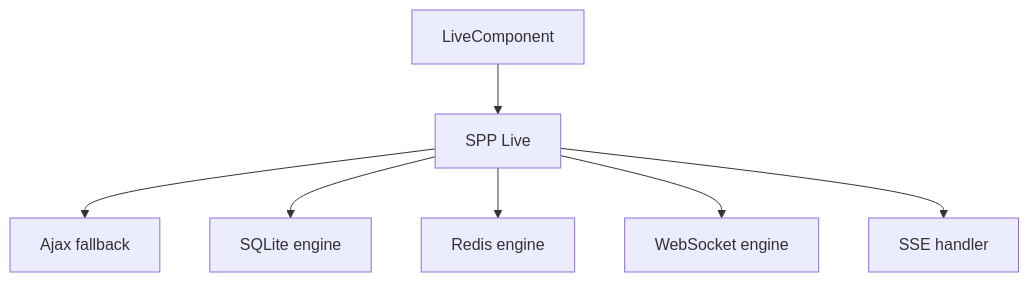
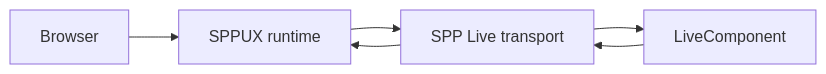
One commit to shuklasp/spp changed the fifth of 6 diagrams in documentation/handbook/08-spp-live-transports.md. Above: the diagram before and after it, drawn with Mermaid. The commit also changed other lines of this file, not shown here.

````diff
--- a/documentation/handbook/08-spp-live-transports.md
+++ b/documentation/handbook/08-spp-live-transports.md
@@ -22,9 +322,8 @@
 ```mermaid
-flowchart TD
-    A[LiveComponent] --> B[SPP Live]
-    B --> C[Ajax fallback]
-    B --> D[SQLite engine]
-    B --> E[Redis engine]
-    B --> F[WebSocket engine]
-    B --> G[SSE handler]
+flowchart LR
+    A[Browser] --> B[SPPUX runtime]
+    B --> C[SPP Live transport]
+    C --> D[LiveComponent]
+    D --> C
+    C --> B
 ```
````
